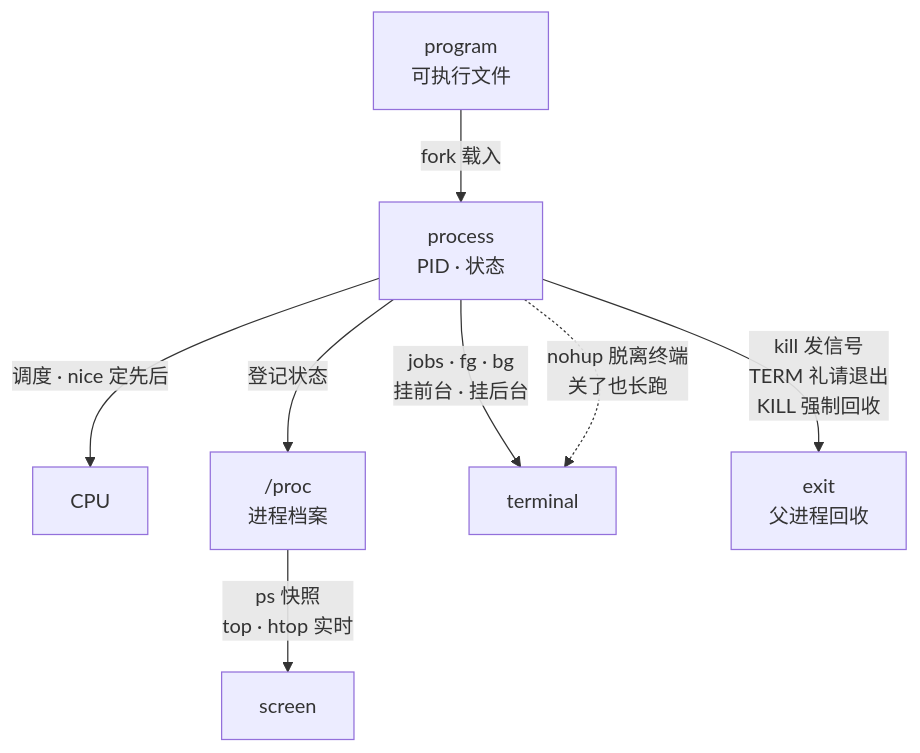
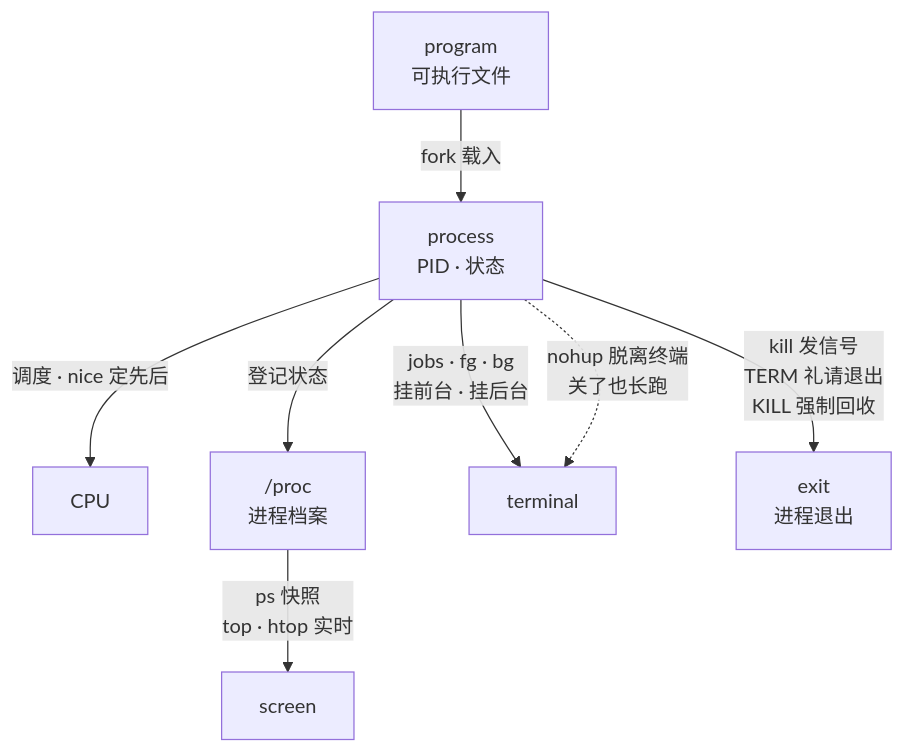
One commit to wangxiangnan/wangxiangnan.github.io changed the diagram in src/linux-command/ch07.md. Above: the diagram before and after it, drawn with Mermaid. The commit also changed other lines of this file and 32 other files, not shown here.

````diff
--- a/src/linux-command/ch07.md
+++ b/src/linux-command/ch07.md
@@ -14,17 +12,17 @@
 ```mermaid
 flowchart TB
     E["program<br>可执行文件"]
     PR["process<br>PID · 状态"]
     CPU["CPU"]
     PROC["/proc<br>进程档案"]
     T["terminal"]
-    EXIT["exit<br>父进程回收"]
+    EXIT["exit<br>进程退出"]
     S["screen"]
     E -->|"fork 载入"| PR
     PR -->|"调度 · nice 定先后"| CPU
     PR -->|"登记状态"| PROC
     PROC -->|"ps 快照<br>top · htop 实时"| S
     PR -->|"jobs · fg · bg<br>挂前台 · 挂后台"| T
     PR -.->|"nohup 脱离终端<br>关了也长跑"| T
     PR -->|"kill 发信号<br>TERM 礼请退出<br>KILL 强制回收"| EXIT
 ```
````
